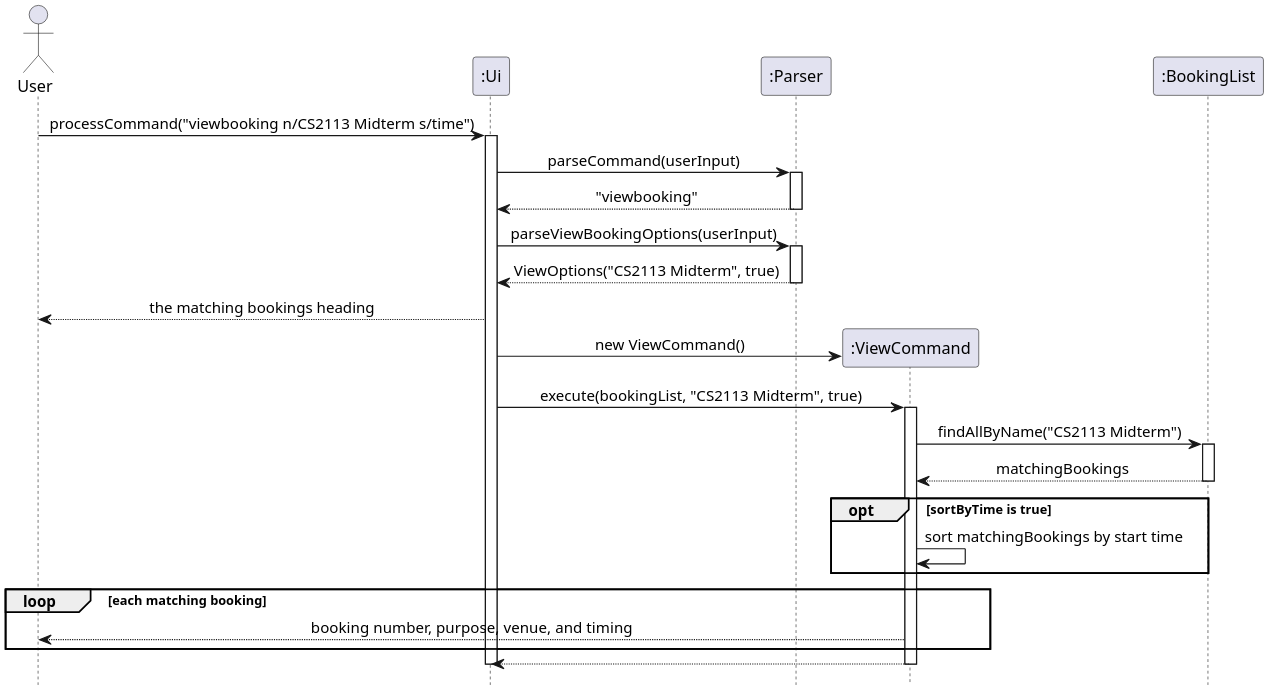
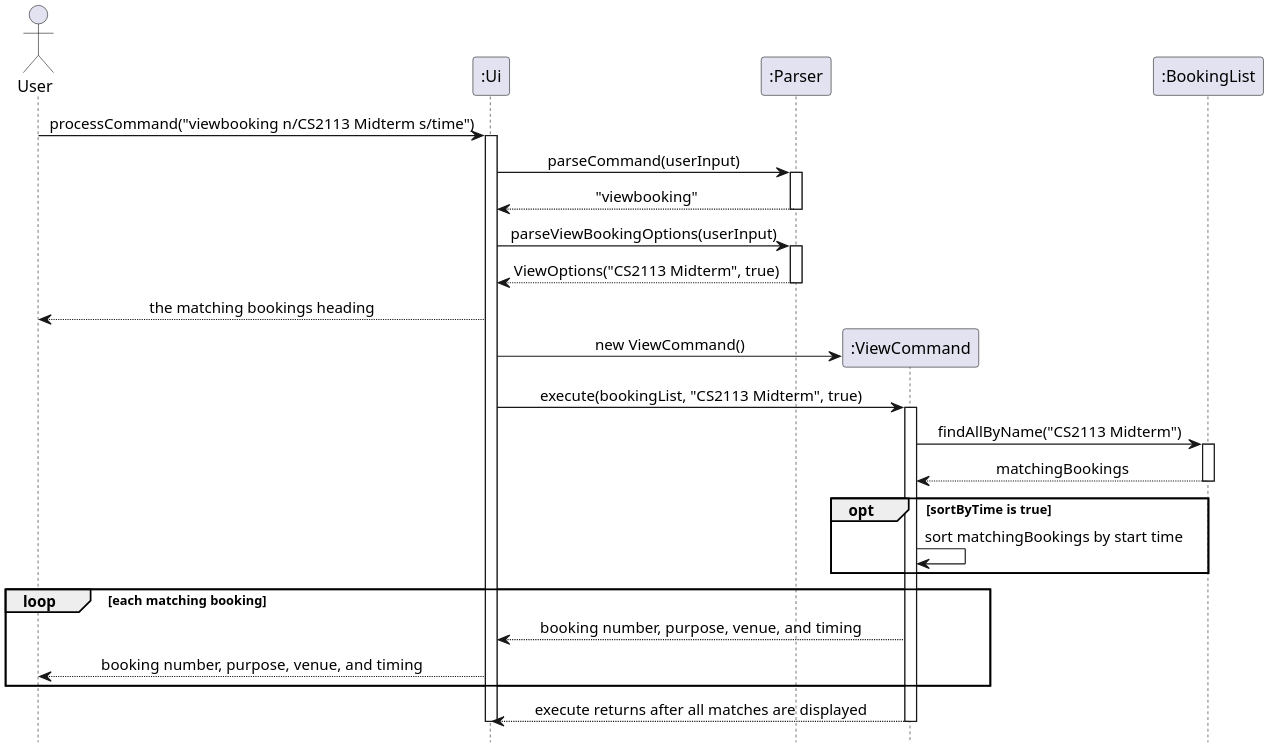
One commit to AY2627S1-CS2113-W14-2/tp changed the diagram in docs/UMLDiagrams/ViewCommandSequenceDiagram.puml. Above: the diagram before and after it, drawn with PlantUML. The commit also changed 9 other files, not shown here.

```diff
--- a/docs/UMLDiagrams/ViewCommandSequenceDiagram.puml
+++ b/docs/UMLDiagrams/ViewCommandSequenceDiagram.puml
@@ -1,53 +1,54 @@
 @startuml
 scale 2
 'https://plantuml.com/sequence-diagram
 
 skinparam sequenceMessageAlign center
 hide footbox
 
 actor User
 
 participant ":Ui" as UI
 
 participant ":Parser" as Parser
 
 User -> UI: processCommand("viewbooking n/CS2113 Midterm s/time")
 activate UI
 
 UI -> Parser: parseCommand(userInput)
 activate Parser
 Parser --> UI: "viewbooking"
 deactivate Parser
 
 UI -> Parser: parseViewBookingOptions(userInput)
 activate Parser
 Parser --> UI: ViewOptions("CS2113 Midterm", true)
 deactivate Parser
 
 UI --> User: the matching bookings heading
 
 create participant ":ViewCommand" as View
 UI -> View: new ViewCommand()
 participant ":BookingList" as Bookings
 
 UI -> View: execute(bookingList, "CS2113 Midterm", true)
 activate View
 
 View -> Bookings: findAllByName("CS2113 Midterm")
 activate Bookings
 Bookings --> View: matchingBookings
 deactivate Bookings
 
 opt sortByTime is true
     View -> View: sort matchingBookings by start time
 end
 
 loop each matching booking
-    View --> User: booking number, purpose, venue, and timing
+    View --> UI: booking number, purpose, venue, and timing
+    UI --> User: booking number, purpose, venue, and timing
 end
 
-View --> UI
+View --> UI: execute returns after all matches are displayed
 deactivate View
 
 deactivate UI
 @enduml
```
